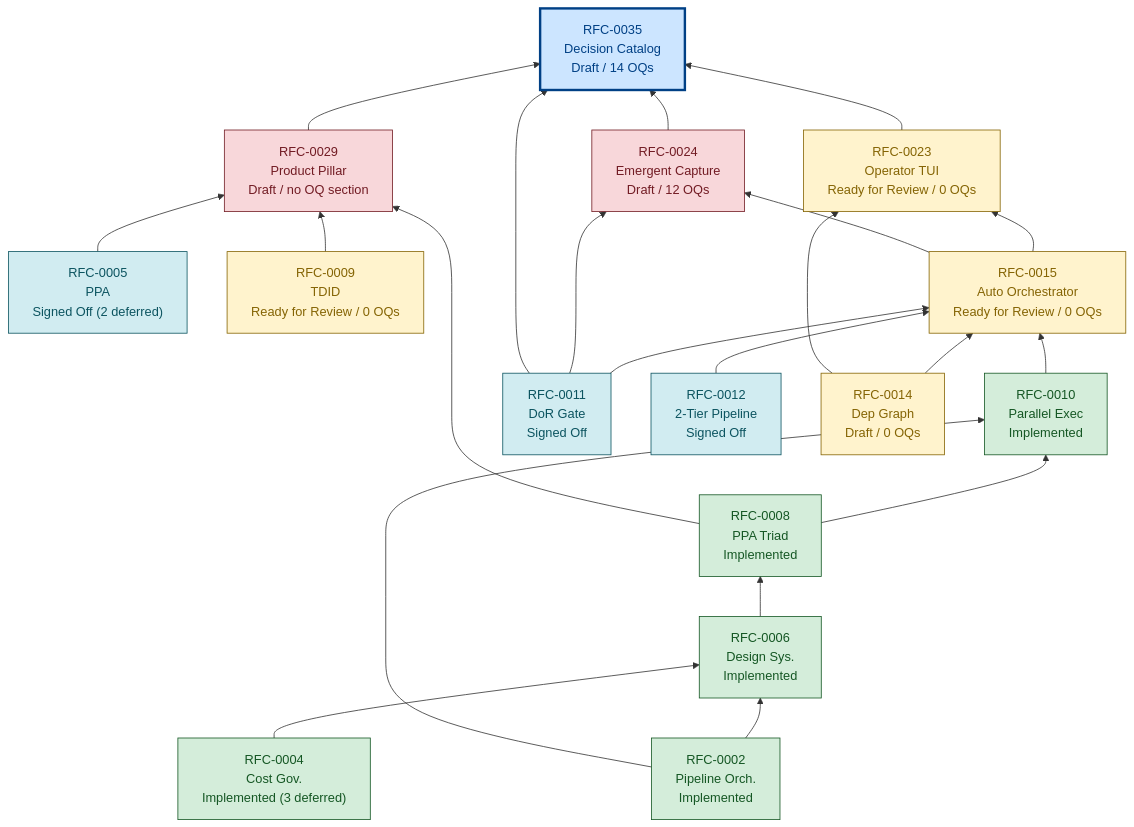
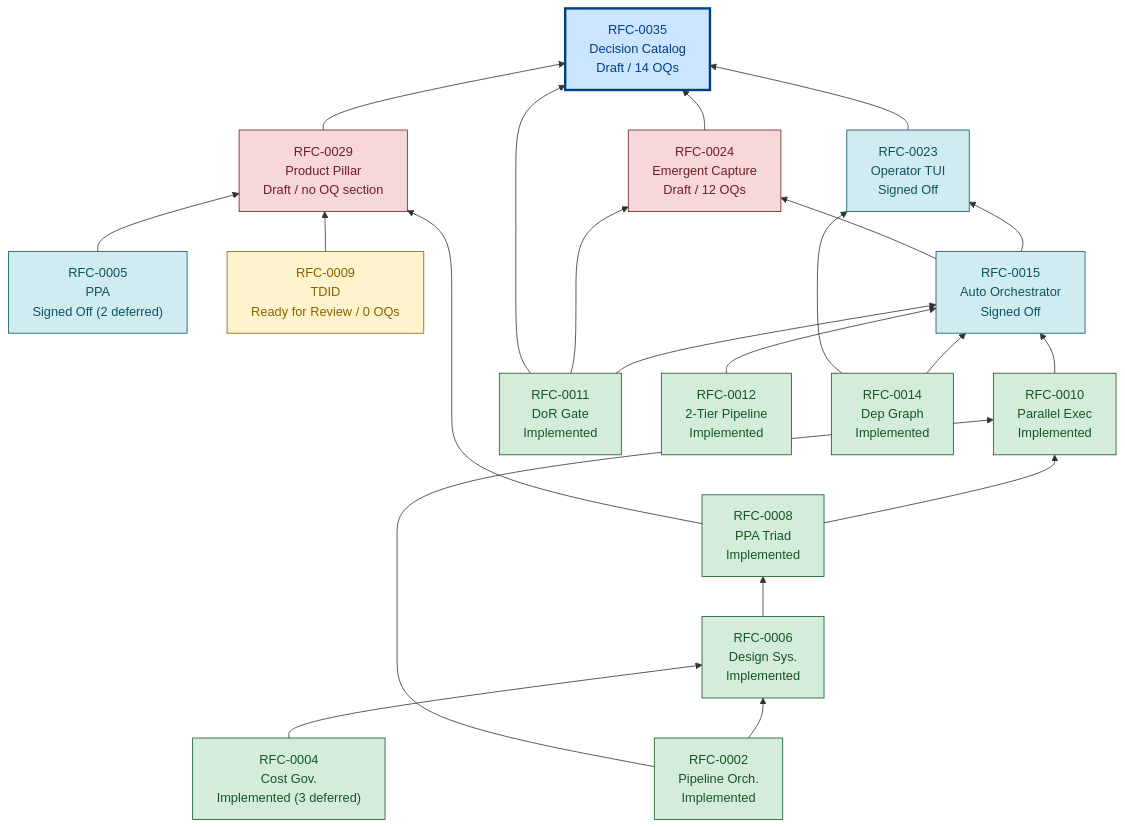
One commit to rzachs/ai-sdlc changed the diagram in spec/rfcs/README.md. Above: the diagram before and after it, drawn with Mermaid. The commit also changed other lines of this file and 5 other files, not shown here.

````diff
--- a/spec/rfcs/README.md
+++ b/spec/rfcs/README.md
@@ -442,55 +442,55 @@
 ```mermaid
 graph BT
     %% Critical-path graph rooted at RFC-0035 (Decision Catalog)
     %% Edge direction: child requires parent (bottom-up)
     %% Color: green = design locked, blue = signed off, yellow = ready for review / 0 OQs draft, red = OQs open, bold = target
 
     RFC0002["RFC-0002<br/>Pipeline Orch.<br/>Implemented"]
     RFC0004["RFC-0004<br/>Cost Gov.<br/>Implemented (3 deferred)"]
     RFC0005["RFC-0005<br/>PPA<br/>Signed Off (2 deferred)"]
     RFC0006["RFC-0006<br/>Design Sys.<br/>Implemented"]
     RFC0008["RFC-0008<br/>PPA Triad<br/>Implemented"]
     RFC0009["RFC-0009<br/>TDID<br/>Ready for Review / 0 OQs"]
     RFC0010["RFC-0010<br/>Parallel Exec<br/>Implemented"]
-    RFC0011["RFC-0011<br/>DoR Gate<br/>Signed Off"]
-    RFC0012["RFC-0012<br/>2-Tier Pipeline<br/>Signed Off"]
-    RFC0014["RFC-0014<br/>Dep Graph<br/>Draft / 0 OQs"]
-    RFC0015["RFC-0015<br/>Auto Orchestrator<br/>Ready for Review / 0 OQs"]
-    RFC0023["RFC-0023<br/>Operator TUI<br/>Ready for Review / 0 OQs"]
+    RFC0011["RFC-0011<br/>DoR Gate<br/>Implemented"]
+    RFC0012["RFC-0012<br/>2-Tier Pipeline<br/>Implemented"]
+    RFC0014["RFC-0014<br/>Dep Graph<br/>Implemented"]
+    RFC0015["RFC-0015<br/>Auto Orchestrator<br/>Signed Off"]
+    RFC0023["RFC-0023<br/>Operator TUI<br/>Signed Off"]
     RFC0024["RFC-0024<br/>Emergent Capture<br/>Draft / 12 OQs"]
     RFC0029["RFC-0029<br/>Product Pillar<br/>Draft / no OQ section"]
     RFC0035["RFC-0035<br/>Decision Catalog<br/>Draft / 14 OQs"]
 
     RFC0002 --> RFC0006
     RFC0004 --> RFC0006
     RFC0006 --> RFC0008
     RFC0002 --> RFC0010
     RFC0008 --> RFC0010
     RFC0010 --> RFC0015
     RFC0011 --> RFC0015
     RFC0012 --> RFC0015
     RFC0014 --> RFC0015
     RFC0014 --> RFC0023
     RFC0015 --> RFC0023
     RFC0011 --> RFC0024
     RFC0015 --> RFC0024
     RFC0005 --> RFC0029
     RFC0008 --> RFC0029
     RFC0009 --> RFC0029
     RFC0011 --> RFC0035
     RFC0023 --> RFC0035
     RFC0024 --> RFC0035
     RFC0029 --> RFC0035
 
     classDef implemented fill:#d4edda,stroke:#155724,color:#155724
     classDef signedOff fill:#d1ecf1,stroke:#0c5460,color:#0c5460
     classDef readyOrZero fill:#fff3cd,stroke:#856404,color:#856404
     classDef draftOpen fill:#f8d7da,stroke:#721c24,color:#721c24
     classDef target fill:#cce5ff,stroke:#004085,color:#004085,stroke-width:3px
 
-    class RFC0002,RFC0004,RFC0006,RFC0008,RFC0010 implemented
-    class RFC0005,RFC0011,RFC0012 signedOff
-    class RFC0009,RFC0014,RFC0015,RFC0023 readyOrZero
+    class RFC0002,RFC0004,RFC0006,RFC0008,RFC0010,RFC0011,RFC0012,RFC0014 implemented
+    class RFC0005,RFC0015,RFC0023 signedOff
+    class RFC0009 readyOrZero
     class RFC0024,RFC0029 draftOpen
     class RFC0035 target
 ```
````
